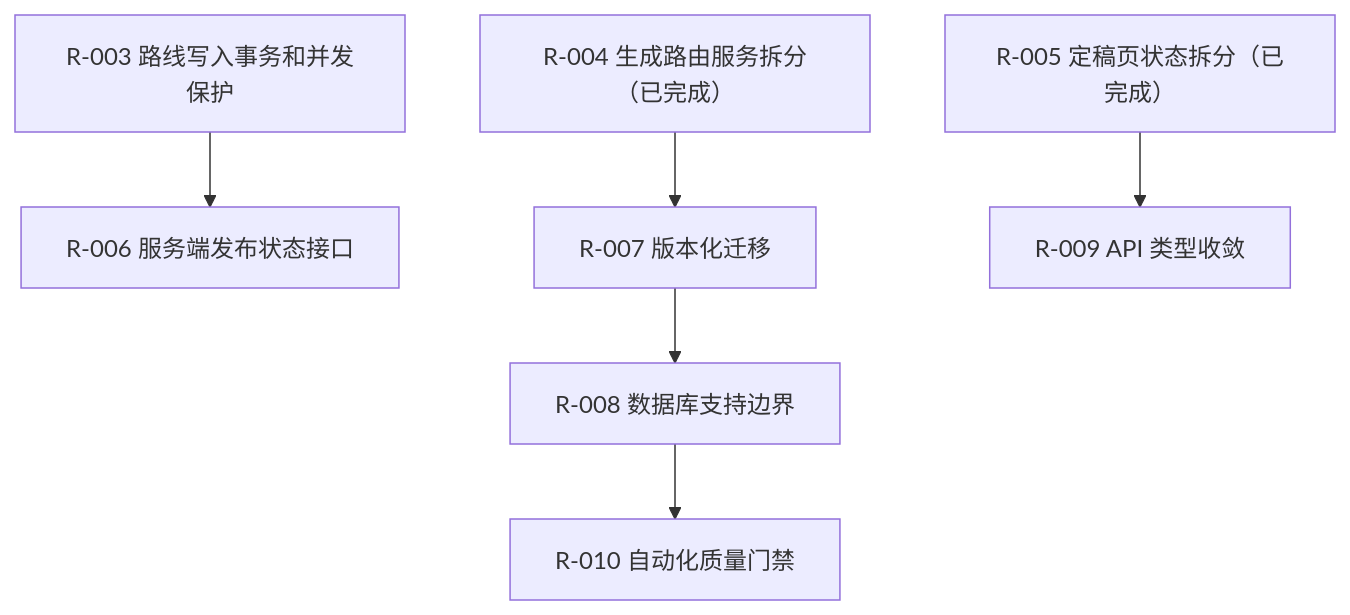
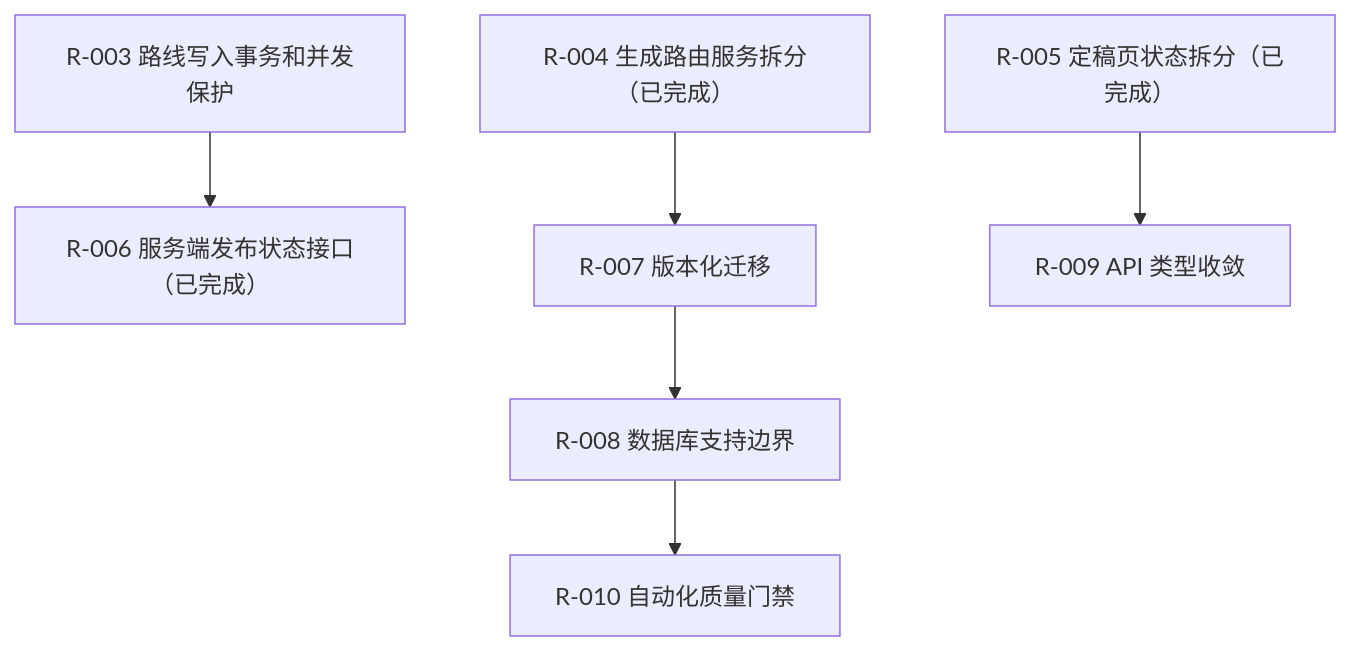
One commit to shenhl8023-bit/processmind-minimal-runtime changed the second of 2 diagrams in docs/重构与优化跟踪.md. Above: the diagram before and after it, drawn with Mermaid. The commit also changed other lines of this file and 18 other files, not shown here.

````diff
--- a/docs/重构与优化跟踪.md
+++ b/docs/重构与优化跟踪.md
@@ -335,8 +371,8 @@
 ```mermaid
 flowchart TD
-    R3["R-003 路线写入事务和并发保护"] --> R6["R-006 服务端发布状态接口"]
+    R3["R-003 路线写入事务和并发保护"] --> R6["R-006 服务端发布状态接口（已完成）"]
     R4["R-004 生成路由服务拆分（已完成）"] --> R7["R-007 版本化迁移"]
     R5["R-005 定稿页状态拆分（已完成）"] --> R9["R-009 API 类型收敛"]
     R7 --> R8["R-008 数据库支持边界"]
     R8 --> R10["R-010 自动化质量门禁"]
 ```
````
